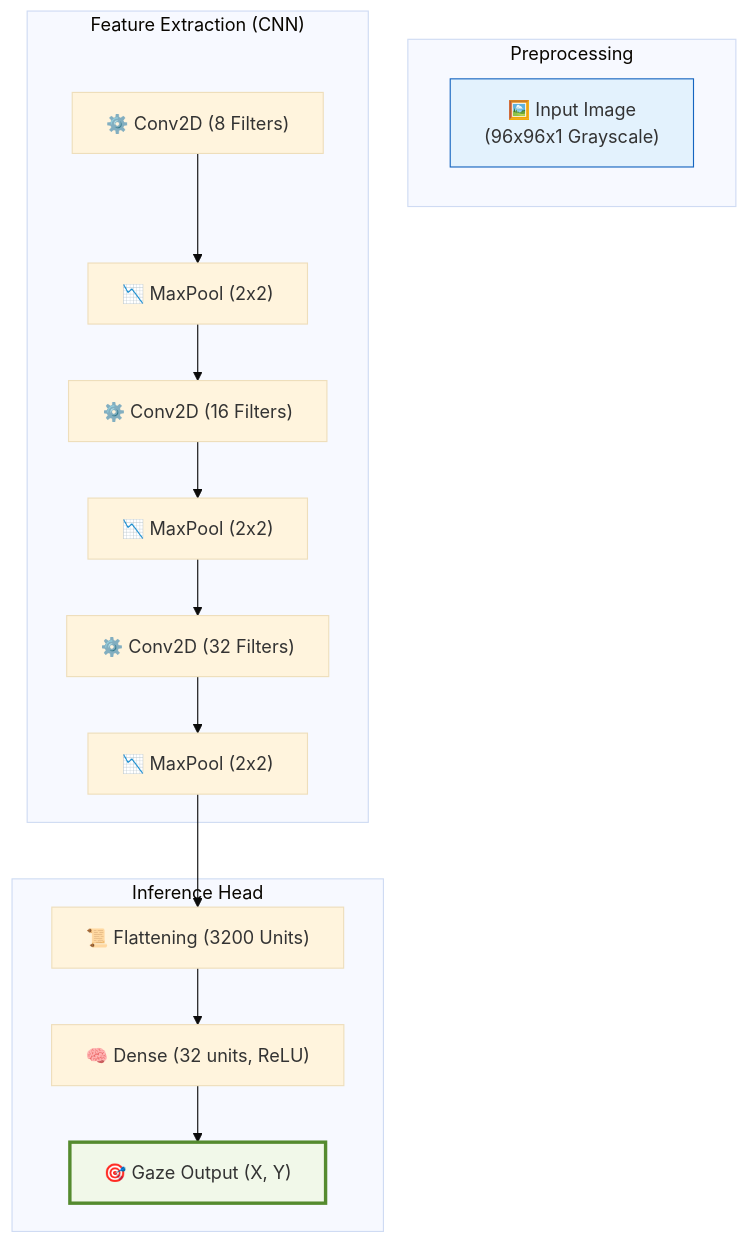
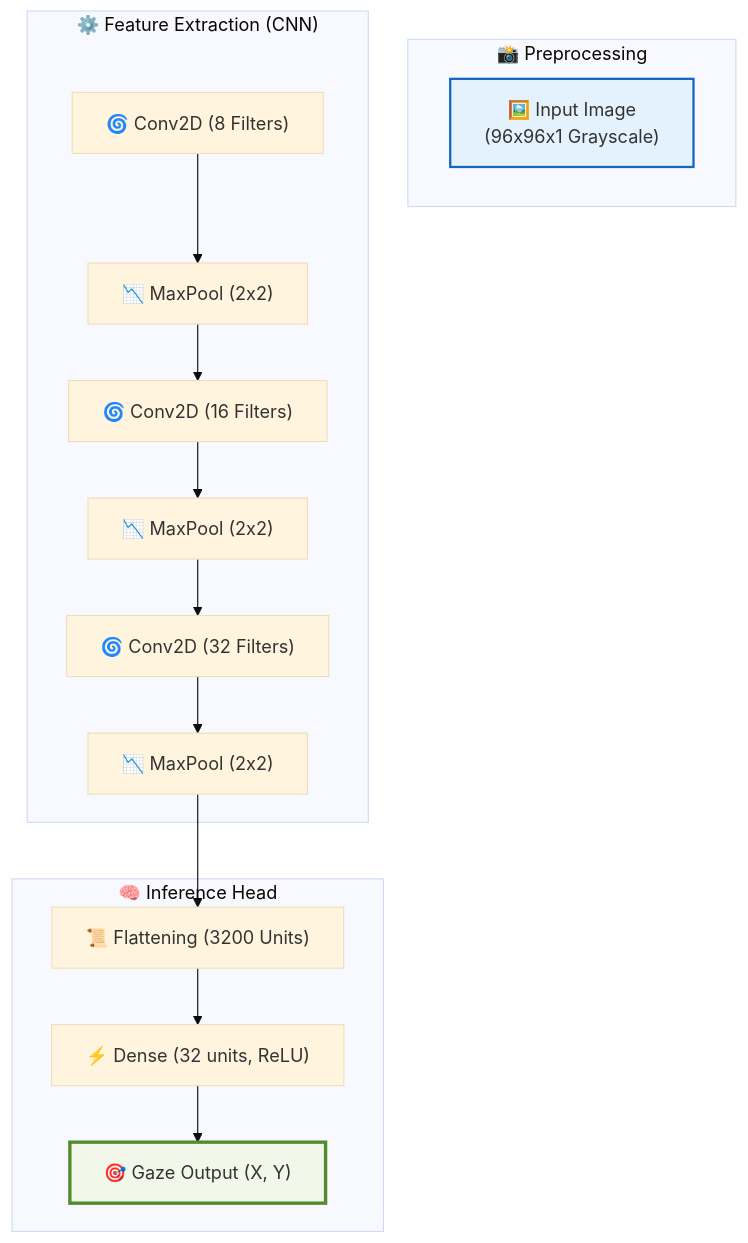
The diagram in README.md (Mani-02nev/DeepVog-Ai-model-), drawn with Mermaid (base theme) before and after one commit. The commit also changed other lines of this file, not shown here.

Commit message:
Finalizing professional documentation and all output artifacts

````diff
--- a/README.md
+++ b/README.md
@@ -19,23 +19,23 @@
 ```mermaid
 graph TD
-    subgraph "Preprocessing"
+    subgraph "📸 Preprocessing"
         Input["🖼️ Input Image<br>(96x96x1 Grayscale)"]
     end
 
-    subgraph "Feature Extraction (CNN)"
-        Conv1["⚙️ Conv2D (8 Filters)"] --> Pool1["📉 MaxPool (2x2)"]
-        Pool1 --> Conv2["⚙️ Conv2D (16 Filters)"]
+    subgraph "⚙️ Feature Extraction (CNN)"
+        Conv1["🌀 Conv2D (8 Filters)"] --> Pool1["📉 MaxPool (2x2)"]
+        Pool1 --> Conv2["🌀 Conv2D (16 Filters)"]
         Conv2 --> Pool2["📉 MaxPool (2x2)"]
-        Pool2 --> Conv3["⚙️ Conv2D (32 Filters)"]
+        Pool2 --> Conv3["🌀 Conv2D (32 Filters)"]
         Conv3 --> Pool3["📉 MaxPool (2x2)"]
     end
 
-    subgraph "Inference Head"
+    subgraph "🧠 Inference Head"
         Pool3 --> Flatten["📜 Flattening (3200 Units)"]
-        Flatten --> Dense1["🧠 Dense (32 units, ReLU)"]
+        Flatten --> Dense1["⚡ Dense (32 units, ReLU)"]
         Dense1 --> Output["🎯 Gaze Output (X, Y)"]
     end
 
-    style Input fill:#e3f2fd,stroke:#1565c0
-    style Output fill:#f1f8e9,stroke:#558b2f,stroke-width:3px
+    style Input fill:#e3f2fd,stroke:#1565c0,stroke-width:2px;
+    style Output fill:#f1f8e9,stroke:#558b2f,stroke-width:3px;
 ```
````
